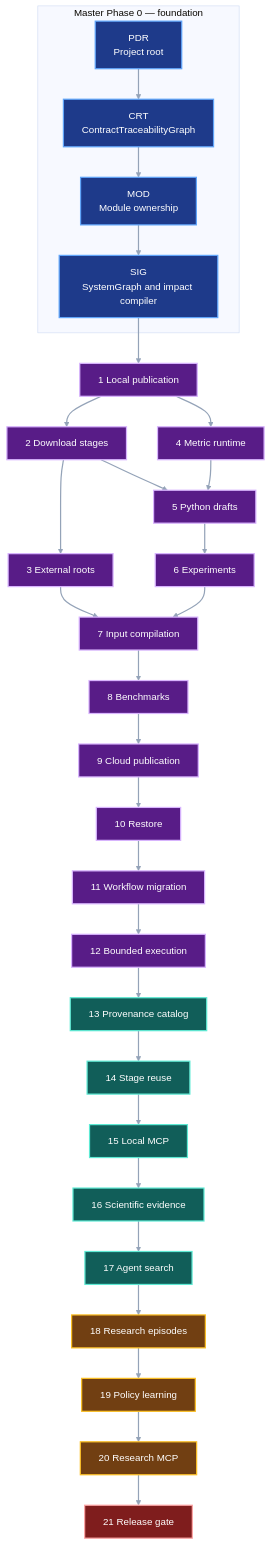
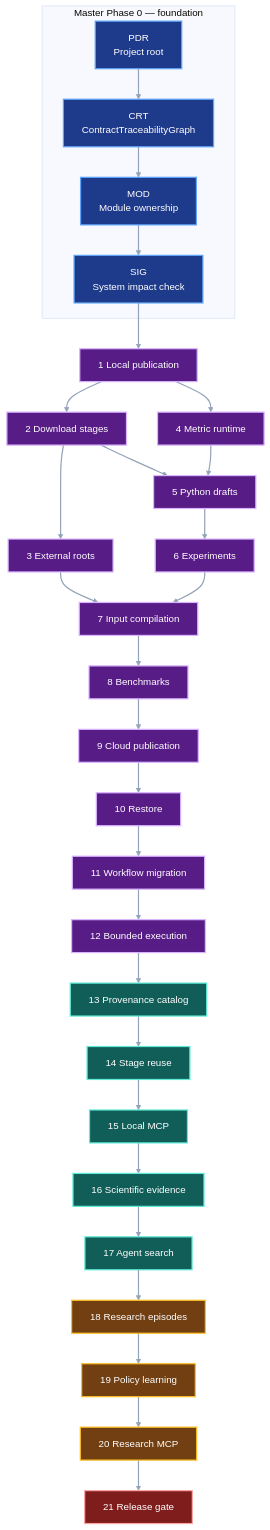
The second of 2 diagrams in docs/development/master-execution-checklist.md (pvd232/viper), drawn with Mermaid (base theme) before and after one commit. The commit also changed other lines of this file and 11 other files, not shown here.

Commit message:
Close contract plans before system impact checks

````diff
--- a/docs/development/master-execution-checklist.md
+++ b/docs/development/master-execution-checklist.md
@@ -518,44 +511,44 @@
 ```mermaid
 flowchart TB
     subgraph Phase0["Master Phase 0 — foundation"]
         PDR["PDR<br/>Project root"] --> CRT["CRT<br/>ContractTraceabilityGraph"]
         CRT --> MOD["MOD<br/>Module ownership"]
-        MOD --> SIG["SIG<br/>SystemGraph and impact compiler"]
+        MOD --> SIG["SIG<br/>System impact check"]
     end
 
     SIG --> P1["1 Local publication"]
     P1 --> P2["2 Download stages"]
     P2 --> P3["3 External roots"]
     P1 --> P4["4 Metric runtime"]
     P2 --> P5["5 Python drafts"]
     P4 --> P5
     P5 --> P6["6 Experiments"]
     P3 --> P7["7 Input compilation"]
     P6 --> P7
     P7 --> P8["8 Benchmarks"]
     P8 --> P9["9 Cloud publication"]
     P9 --> P10["10 Restore"]
     P10 --> P11["11 Workflow migration"]
     P11 --> P12["12 Bounded execution"]
     P12 --> P13["13 Provenance catalog"]
     P13 --> P14["14 Stage reuse"]
     P14 --> P15["15 Local MCP"]
     P15 --> P16["16 Scientific evidence"]
     P16 --> P17["17 Agent search"]
     P17 --> P18["18 Research episodes"]
     P18 --> P19["19 Policy learning"]
     P19 --> P20["20 Research MCP"]
     P20 --> P21["21 Release gate"]
 
     class PDR,CRT,MOD,SIG foundation
     class P1,P2,P3,P4,P5,P6,P7,P8,P9,P10,P11,P12 implementation
     class P13,P14,P15,P16,P17 evidence
     class P18,P19,P20 research
     class P21 release
     classDef foundation fill:#1e3a8a,stroke:#60a5fa,color:#ffffff,stroke-width:2px
     classDef implementation fill:#581c87,stroke:#d8b4fe,color:#ffffff,stroke-width:2px
     classDef evidence fill:#115e59,stroke:#5eead4,color:#ffffff,stroke-width:2px
     classDef research fill:#713f12,stroke:#fbbf24,color:#ffffff,stroke-width:2px
     classDef release fill:#7f1d1d,stroke:#fca5a5,color:#ffffff,stroke-width:2px
     linkStyle default stroke:#94a3b8,stroke-width:2px
 ```
````
